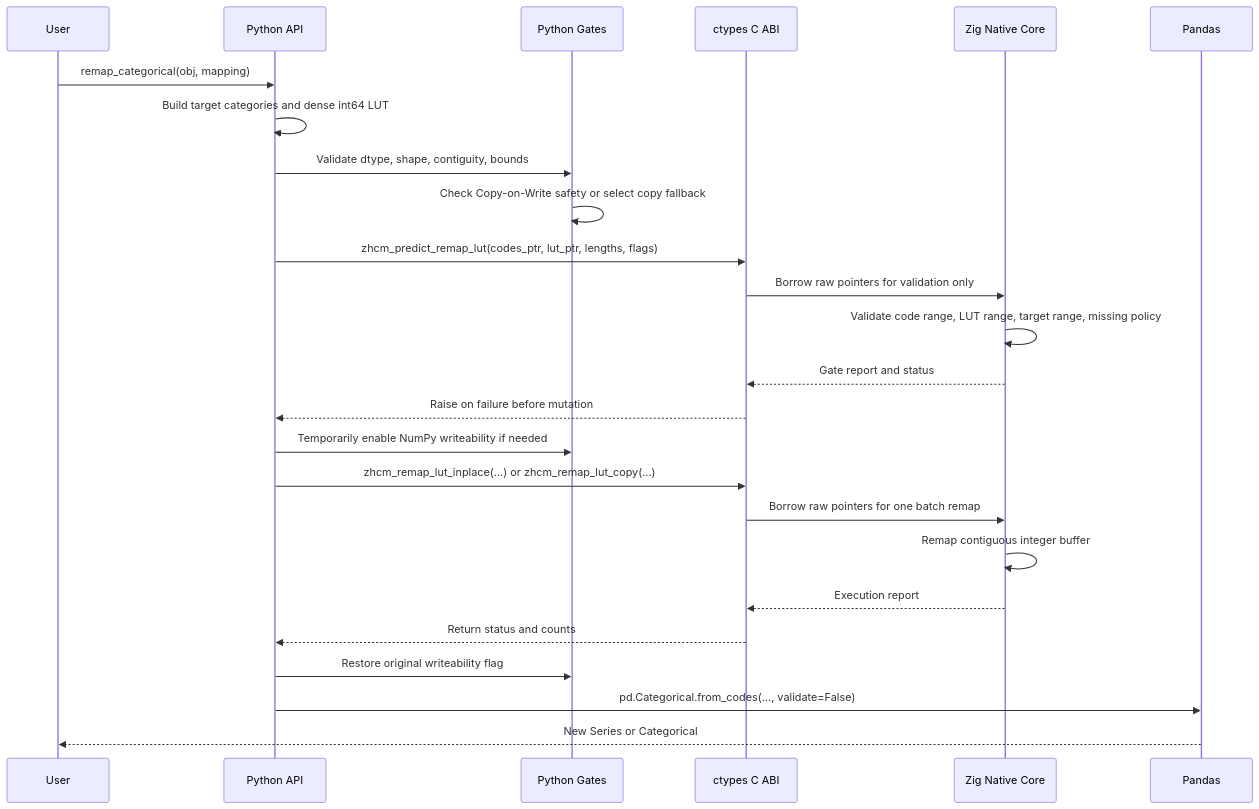
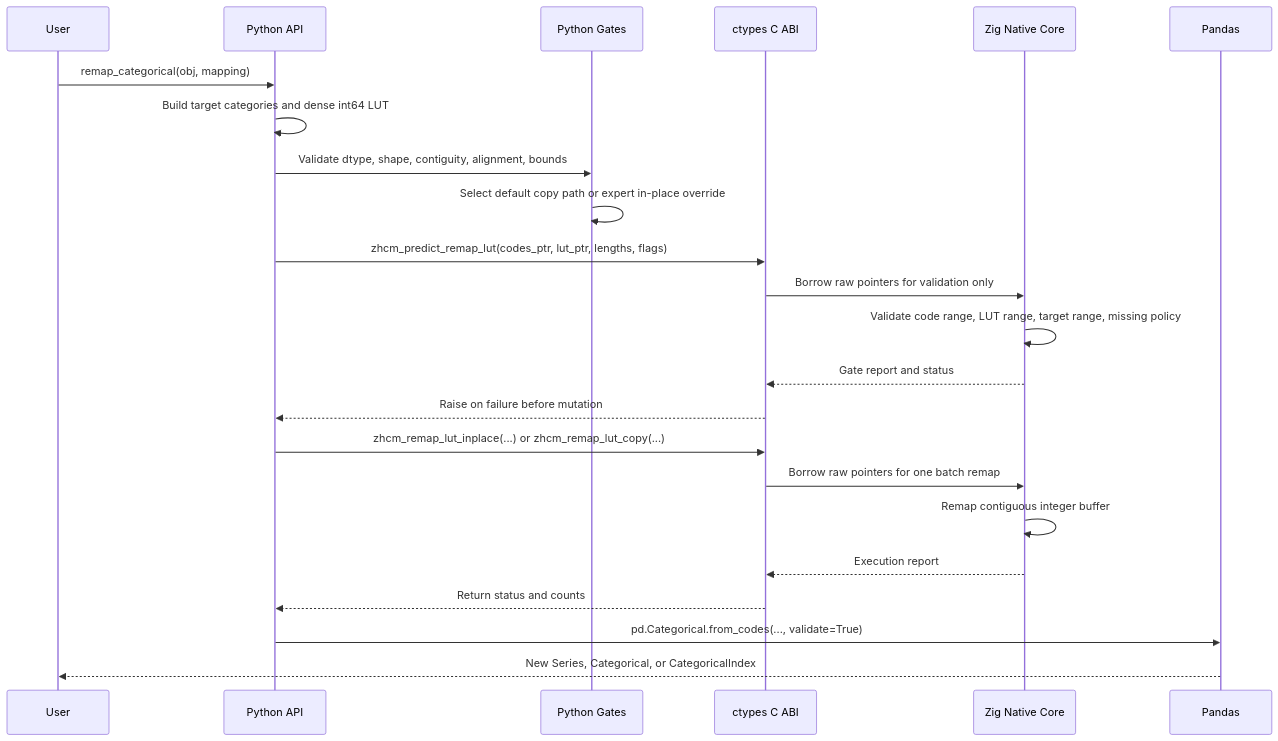
The diagram in docs/architecture.md (mohamedhossammohamed/zh_catmut), drawn with Mermaid before and after one commit. The commit also changed other lines of this file and 40 other files, not shown here.

````diff
--- a/docs/architecture.md
+++ b/docs/architecture.md
@@ -78,28 +78,26 @@
 ```mermaid
 sequenceDiagram
     participant User
     participant Py as Python API
     participant Gate as Python Gates
     participant ABI as ctypes C ABI
     participant Zig as Zig Native Core
     participant Pandas
 
     User->>Py: remap_categorical(obj, mapping)
     Py->>Py: Build target categories and dense int64 LUT
-    Py->>Gate: Validate dtype, shape, contiguity, bounds
-    Gate->>Gate: Check Copy-on-Write safety or select copy fallback
+    Py->>Gate: Validate dtype, shape, contiguity, alignment, bounds
+    Gate->>Gate: Select default copy path or expert in-place override
     Py->>ABI: zhcm_predict_remap_lut(codes_ptr, lut_ptr, lengths, flags)
     ABI->>Zig: Borrow raw pointers for validation only
     Zig->>Zig: Validate code range, LUT range, target range, missing policy
     Zig-->>ABI: Gate report and status
     ABI-->>Py: Raise on failure before mutation
-    Py->>Gate: Temporarily enable NumPy writeability if needed
     Py->>ABI: zhcm_remap_lut_inplace(...) or zhcm_remap_lut_copy(...)
     ABI->>Zig: Borrow raw pointers for one batch remap
     Zig->>Zig: Remap contiguous integer buffer
     Zig-->>ABI: Execution report
     ABI-->>Py: Return status and counts
-    Py->>Gate: Restore original writeability flag
-    Py->>Pandas: pd.Categorical.from_codes(..., validate=False)
-    Pandas-->>User: New Series or Categorical
+    Py->>Pandas: pd.Categorical.from_codes(..., validate=True)
+    Pandas-->>User: New Series, Categorical, or CategoricalIndex
 ```
````
